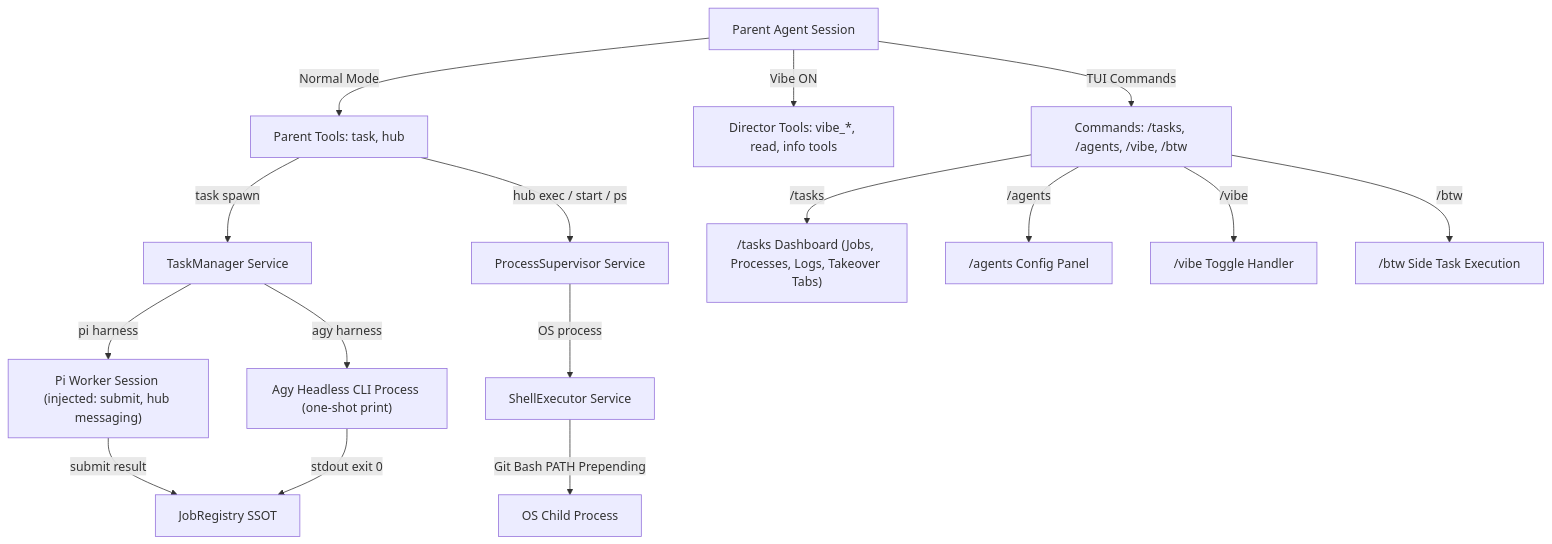
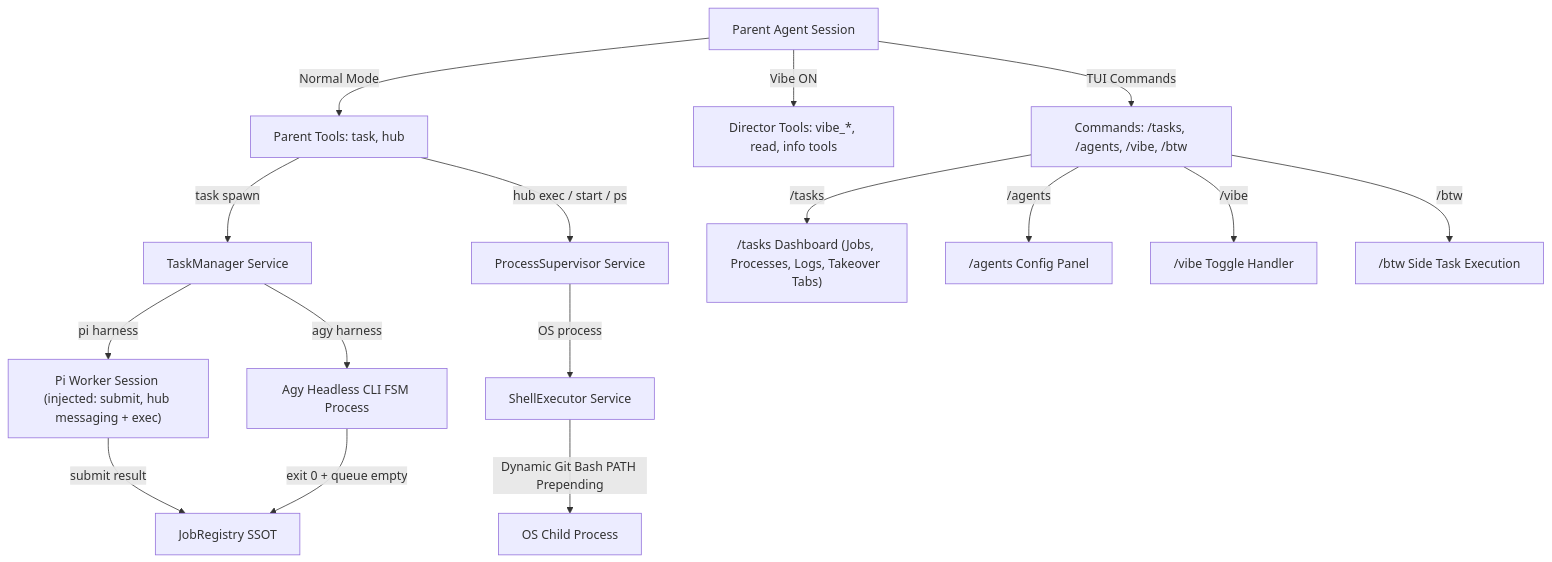
One commit to nielpattin/pi-tnega changed the first of 2 diagrams in docs/harbor-extension-plan.md. Above: the diagram before and after it, drawn with Mermaid. The commit also changed other lines of this file and 3 other files, not shown here.

````diff
--- a/docs/harbor-extension-plan.md
+++ b/docs/harbor-extension-plan.md
@@ -118,23 +211,23 @@
 ```mermaid
 graph TD
     Parent[Parent Agent Session] -->|Normal Mode| NormalTools["Parent Tools: task, hub"]
     Parent -->|Vibe ON| VibeTools["Director Tools: vibe_*, read, info tools"]
     Parent -->|TUI Commands| Commands["Commands: /tasks, /agents, /vibe, /btw"]
 
     NormalTools -->|task spawn| TaskManager[TaskManager Service]
     NormalTools -->|hub exec / start / ps| ProcessSupervisor[ProcessSupervisor Service]
     
-    TaskManager -->|pi harness| PiChild["Pi Worker Session (injected: submit, hub messaging)"]
-    TaskManager -->|agy harness| AgyChild["Agy Headless CLI Process (one-shot print)"]
+    TaskManager -->|pi harness| PiChild["Pi Worker Session (injected: submit, hub messaging + exec)"]
+    TaskManager -->|agy harness| AgyChild["Agy Headless CLI FSM Process"]
 
     PiChild -->|submit result| JobRegistry[JobRegistry SSOT]
-    AgyChild -->|stdout exit 0| JobRegistry
+    AgyChild -->|exit 0 + queue empty| JobRegistry
 
     ProcessSupervisor -->|OS process| ShellExecutor[ShellExecutor Service]
-    ShellExecutor -->|Git Bash PATH Prepending| OSProc[OS Child Process]
+    ShellExecutor -->|Dynamic Git Bash PATH Prepending| OSProc[OS Child Process]
 
     Commands -->|/tasks| UnifiedUI["/tasks Dashboard (Jobs, Processes, Logs, Takeover Tabs)"]
     Commands -->|/agents| AgentsUI["/agents Config Panel"]
     Commands -->|/vibe| VibeHandler["/vibe Toggle Handler"]
     Commands -->|/btw| BtwHandler["/btw Side Task Execution"]
 ```
````
